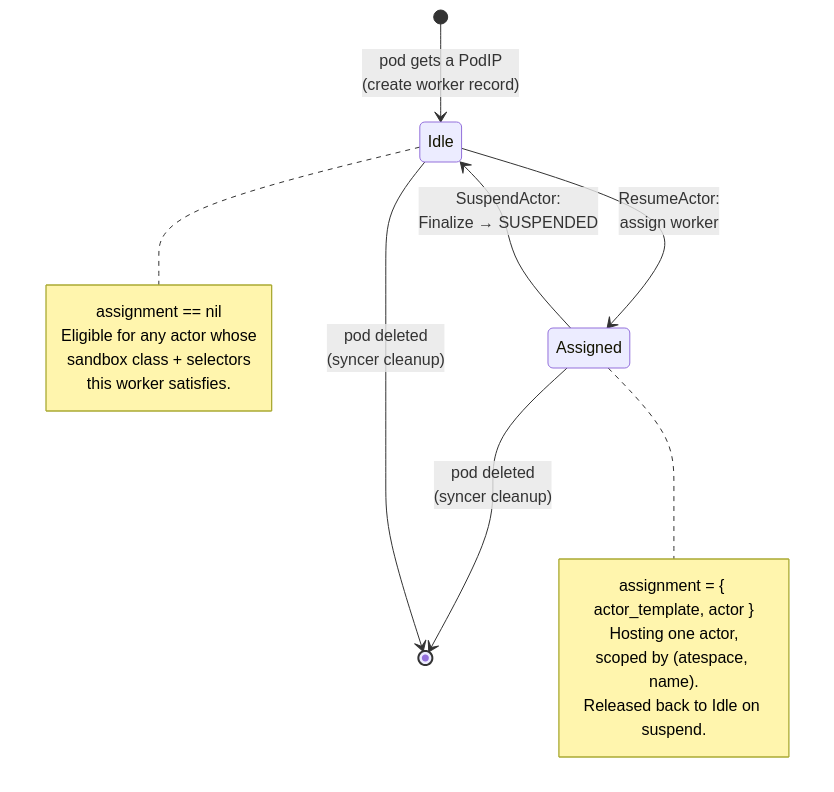
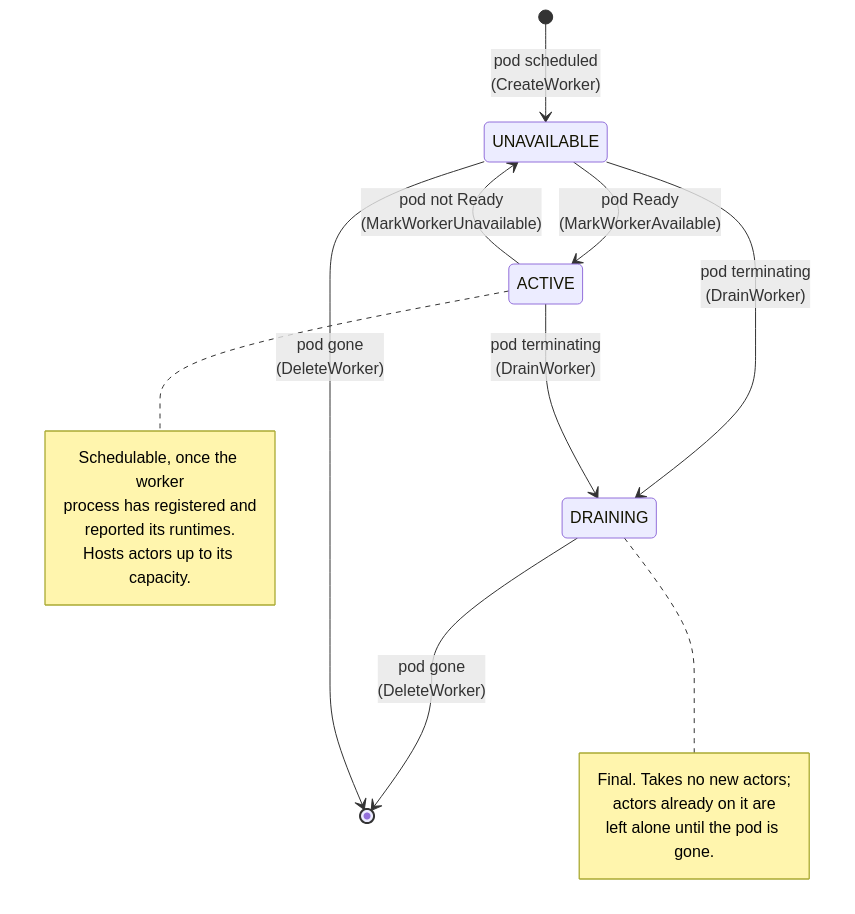
Before and after one commit to christian-posta/substrate: the first of 3 diagrams in atlas/src/content/docs/flows/worker-lifecycle.mdx, drawn with Mermaid. The commit also changed other lines of this file and 34 other files, not shown here.

````diff
--- a/atlas/src/content/docs/flows/worker-lifecycle.mdx
+++ b/atlas/src/content/docs/flows/worker-lifecycle.mdx
@@ -18,22 +19,23 @@
 ```mermaid
 stateDiagram-v2
-  [*] --> Idle: pod gets a PodIP<br/>(create worker record)
-  Idle --> Assigned: ResumeActor:<br/>assign worker
-  Assigned --> Idle: SuspendActor:<br/>Finalize → SUSPENDED
-  Assigned --> [*]: pod deleted<br/>(syncer cleanup)
-  Idle --> [*]: pod deleted<br/>(syncer cleanup)
+  [*] --> UNAVAILABLE: pod scheduled<br/>(CreateWorker)
+  UNAVAILABLE --> ACTIVE: pod Ready<br/>(MarkWorkerAvailable)
+  ACTIVE --> UNAVAILABLE: pod not Ready<br/>(MarkWorkerUnavailable)
+  UNAVAILABLE --> DRAINING: pod terminating<br/>(DrainWorker)
+  ACTIVE --> DRAINING: pod terminating<br/>(DrainWorker)
+  DRAINING --> [*]: pod gone<br/>(DeleteWorker)
+  UNAVAILABLE --> [*]: pod gone<br/>(DeleteWorker)
 
-  note right of Idle
-    assignment == nil
-    Eligible for any actor whose
-    sandbox class + selectors
-    this worker satisfies.
+  note right of ACTIVE
+    Schedulable, once the worker
+    process has registered and
+    reported its runtimes.
+    Hosts actors up to its capacity.
   end note
 
-  note right of Assigned
-    assignment = { actor_template, actor }
-    Hosting one actor,
-    scoped by (atespace, name).
-    Released back to Idle on suspend.
+  note right of DRAINING
+    Final. Takes no new actors;
+    actors already on it are
+    left alone until the pod is gone.
   end note
 ```
````
